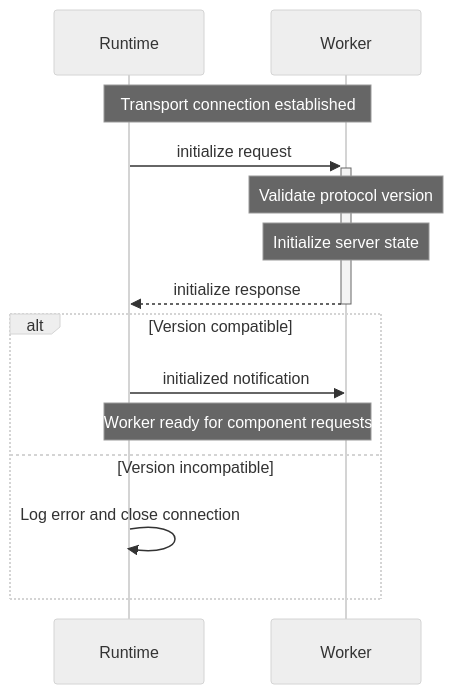
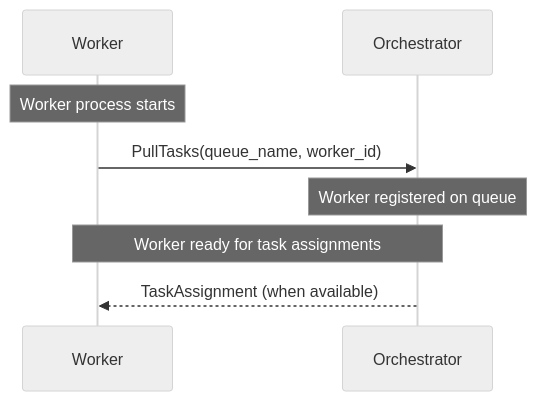
Before and after one commit to stepflow-ai/stepflow: the diagram in docs/docs/protocol/methods/initialization.md, drawn with Mermaid (neutral theme). The commit also changed other lines of this file and 28 other files, not shown here.

First line of the commit message:
docs: Update documentation for gRPC-first architecture

````diff
--- a/docs/docs/protocol/methods/initialization.md
+++ b/docs/docs/protocol/methods/initialization.md
@@ -20,19 +13,11 @@
 ```mermaid
 sequenceDiagram
-    participant R as Runtime
-    participant S as Worker
+    participant W as Worker
+    participant O as Orchestrator
 
-    Note over R,S: Transport connection established
-
-    R->>+S: initialize request
-    Note over S: Validate protocol version
-    Note over S: Initialize server state
-    S-->>-R: initialize response
-
-    alt Version compatible
-        R->>S: initialized notification
-        Note over R,S: Worker ready for component requests
-    else Version incompatible
-        R->>R: Log error and close connection
-    end
+    Note over W: Worker process starts
+    W->>O: PullTasks(queue_name, worker_id)
+    Note over O: Worker registered on queue
+    Note over W,O: Worker ready for task assignments
+    O-->>W: TaskAssignment (when available)
 ```
````
